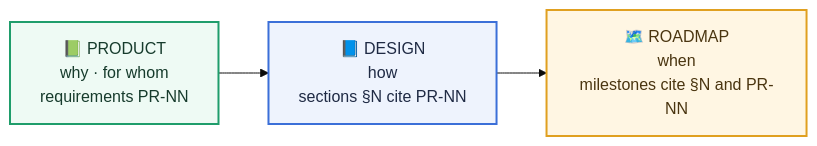
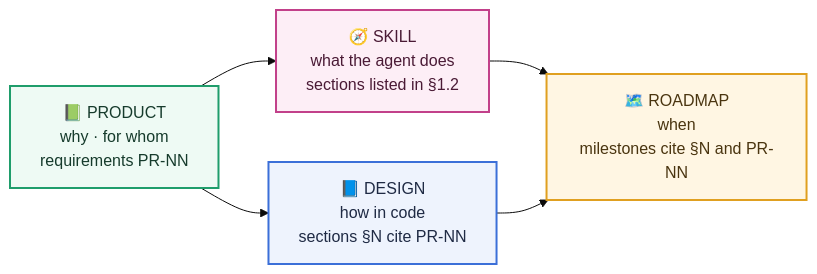
Before and after one commit to SergeyChere/MeetProxy: the diagram in docs/PRODUCT.md, drawn with Mermaid (base theme). The commit also changed other lines of this file and 6 other files, not shown here.

First line of the commit message:
Product rev. 5: the product is one skill; skill, design and roadmap derived from it

````diff
--- a/docs/PRODUCT.md
+++ b/docs/PRODUCT.md
@@ -7,13 +8,17 @@
 ```mermaid
 flowchart LR
     P["📗 PRODUCT<br/>why · for whom<br/>requirements PR-NN"]
-    D["📘 DESIGN<br/>how<br/>sections §N cite PR-NN"]
+    S["🧭 SKILL<br/>what the agent does<br/>sections listed in §1.2"]
+    D["📘 DESIGN<br/>how in code<br/>sections §N cite PR-NN"]
     R["🗺️ ROADMAP<br/>when<br/>milestones cite §N and PR-NN"]
+    P --> S --> R
     P --> D --> R
     classDef p fill:#eefaf4,stroke:#1f9d6b,stroke-width:2px,color:#163b2c
+    classDef s fill:#fdeef6,stroke:#c2408a,stroke-width:2px,color:#4a1a35
     classDef d fill:#eef3fd,stroke:#3b6fd8,stroke-width:2px,color:#1f2a44
     classDef r fill:#fff6e3,stroke:#e0a020,stroke-width:2px,color:#4a3510
     class P p
+    class S s
     class D d
     class R r
 ```
````
